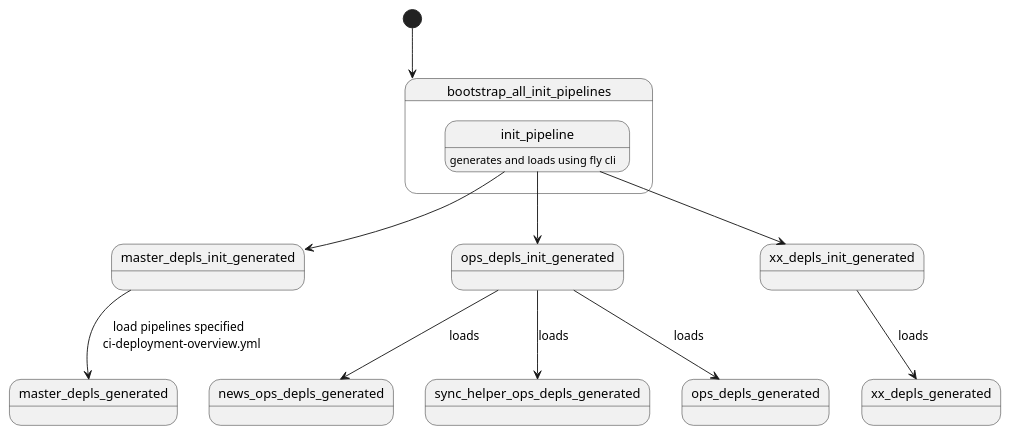
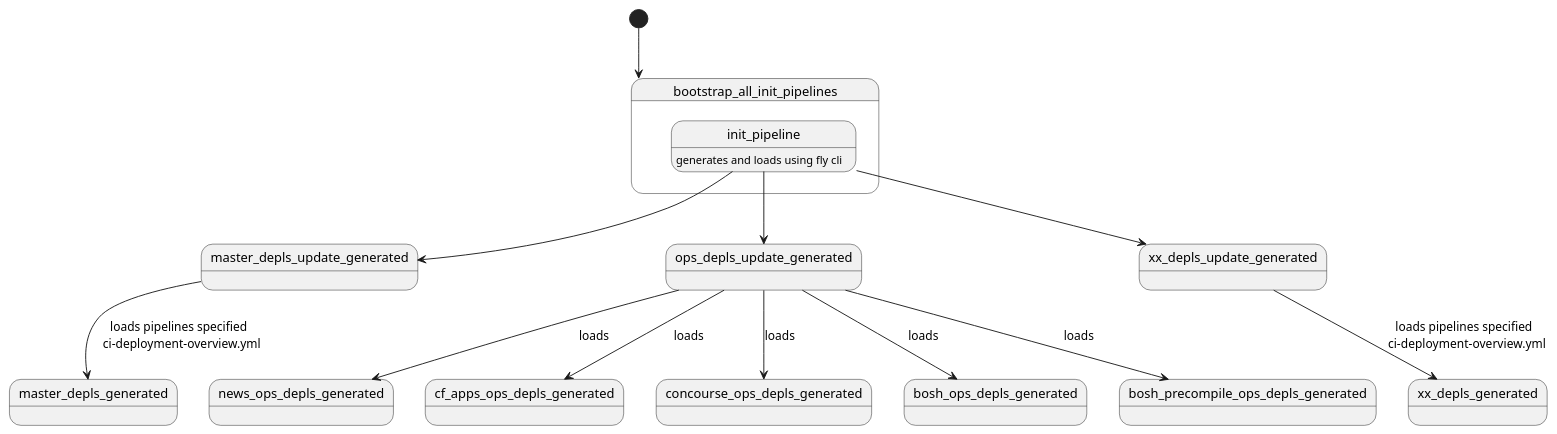
One commit to orange-cloudfoundry/cf-ops-automation changed the diagram in docs/bootstrap.puml. Above: the diagram before and after it, drawn with PlantUML. The commit also changed 163 other files, not shown here.

```diff
--- a/docs/bootstrap.puml
+++ b/docs/bootstrap.puml
@@ -1,20 +1,22 @@
 @startuml
 [*] --> bootstrap_all_init_pipelines
 
 state bootstrap_all_init_pipelines {
         init_pipeline: generates and loads using fly cli
 
  }
 
 
-init_pipeline --> master_depls_init_generated
-init_pipeline --> ops_depls_init_generated
-init_pipeline --> xx_depls_init_generated
+init_pipeline --> master_depls_update_generated
+init_pipeline --> ops_depls_update_generated
+init_pipeline --> xx_depls_update_generated
 
-master_depls_init_generated --> master_depls_generated: load pipelines specified \n ci-deployment-overview.yml
-ops_depls_init_generated --> news_ops_depls_generated: loads
-ops_depls_init_generated --> sync_helper_ops_depls_generated: loads
-ops_depls_init_generated --> ops_depls_generated: loads
-xx_depls_init_generated --> xx_depls_generated: loads
+master_depls_update_generated --> master_depls_generated: loads pipelines specified \n ci-deployment-overview.yml
+ops_depls_update_generated --> news_ops_depls_generated: loads
+ops_depls_update_generated --> cf_apps_ops_depls_generated: loads
+ops_depls_update_generated --> concourse_ops_depls_generated: loads
+ops_depls_update_generated --> bosh_ops_depls_generated: loads
+ops_depls_update_generated --> bosh_precompile_ops_depls_generated: loads
+xx_depls_update_generated --> xx_depls_generated: loads pipelines specified \n ci-deployment-overview.yml
 
 @enduml
```
